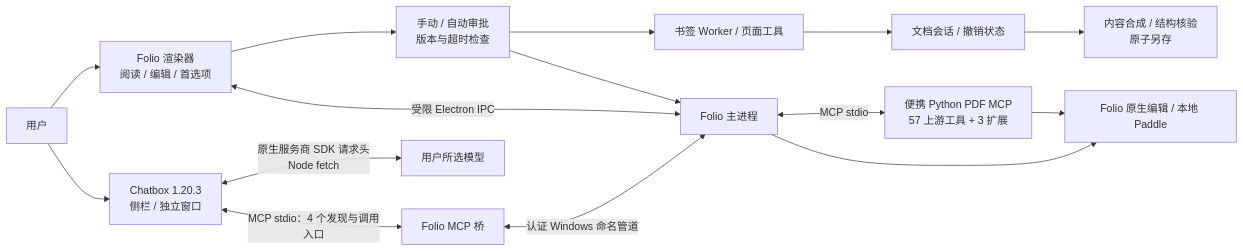
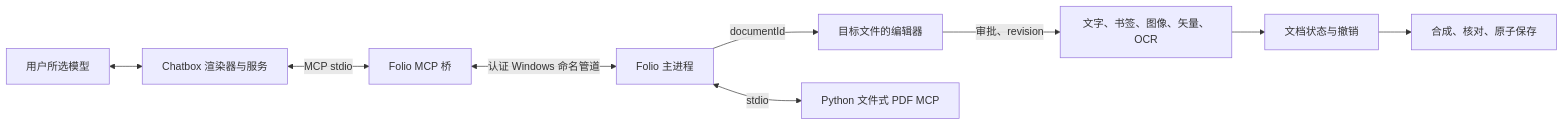
Before and after one commit to ionize1080/Folio: the diagram in docs/ARCHITECTURE.md, drawn with Mermaid. The commit also changed other lines of this file and 19 other files, not shown here.

Commit message:
docs: align user guides, MCP reference and release evidence with 2.1.0

````diff
--- a/docs/ARCHITECTURE.md
+++ b/docs/ARCHITECTURE.md
@@ -9,23 +7,11 @@
 ```mermaid
 flowchart LR
-  User["用户"] --> Folio["Folio 渲染器
-阅读 / 编辑 / 首选项"]
-  User --> Chatbox["Chatbox 1.20.3
-侧栏 / 独立窗口"]
-  Chatbox <-->|"原生服务商 SDK 请求头
-Node fetch"| Model["用户所选模型"]
-  Chatbox <-->|"MCP stdio：4 个发现与调用入口"| Bridge["Folio MCP 桥"]
-  Bridge <-->|"认证 Windows 命名管道"| Host["Folio 主进程"]
-  Host <-->|"受限 Electron IPC"| Folio
-  Folio --> Gate["手动 / 自动审批
-版本与超时检查"]
-  Gate --> Tree["书签 Worker / 页面工具"]
-  Tree --> State["文档会话 / 撤销状态"]
-  Gate --> Host
-  Host <-->|"MCP stdio"| PDF["便携 Python PDF MCP
-57 上游工具 + 3 扩展"]
-  Host --> Native["Folio 原生编辑 / 本地 Paddle"]
-  PDF --> Native
-  State --> Save["内容合成 / 结构核验
-原子另存"]
+  Model["用户所选模型"] <--> Chat["Chatbox 渲染器与服务"]
+  Chat <-->|MCP stdio| Bridge["Folio MCP 桥"]
+  Bridge <-->|认证 Windows 命名管道| Host["Folio 主进程"]
+  Host -->|documentId| Tab["目标文件的编辑器"]
+  Tab -->|审批、revision| Ops["文字、书签、图像、矢量、OCR"]
+  Ops --> State["文档状态与撤销"]
+  State --> Save["合成、核对、原子保存"]
+  Host <-->|stdio| FileTools["Python 文件式 PDF MCP"]
 ```
````
